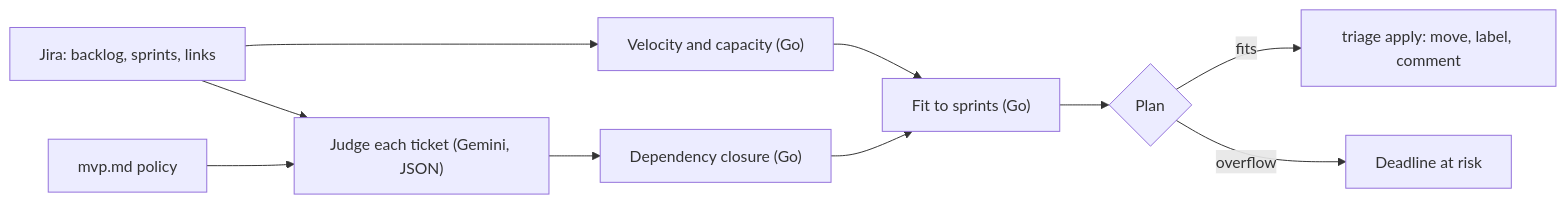
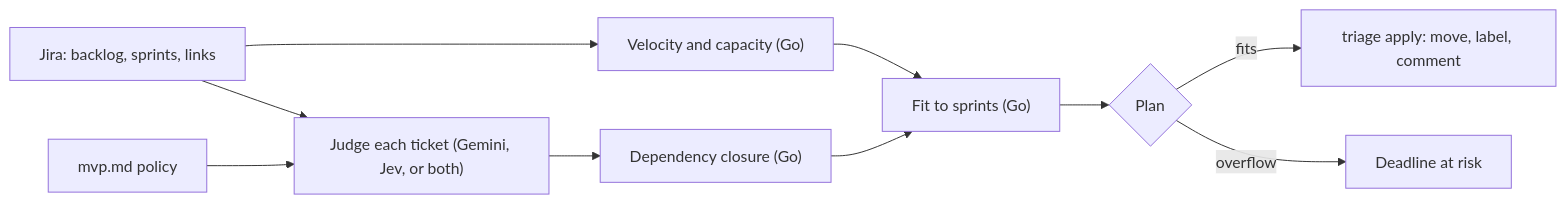
Before and after one commit to geekaara/algorithmic-triage: the diagram in README.md, drawn with Mermaid. The commit also changed other lines of this file and 12 other files, not shown here.

````diff
--- a/README.md
+++ b/README.md
@@ -66,12 +72,12 @@
 ```mermaid
 flowchart LR
   J["Jira: backlog, sprints, links"] --> V["Velocity and capacity (Go)"]
-  J --> G["Judge each ticket (Gemini, JSON)"]
+  J --> G["Judge each ticket (Gemini, Jev, or both)"]
   M["mvp.md policy"] --> G
   G --> D["Dependency closure (Go)"]
   V --> F["Fit to sprints (Go)"]
   D --> F
   F --> P{"Plan"}
   P -- fits --> A["triage apply: move, label, comment"]
   P -- overflow --> R["Deadline at risk"]
 ```
````
